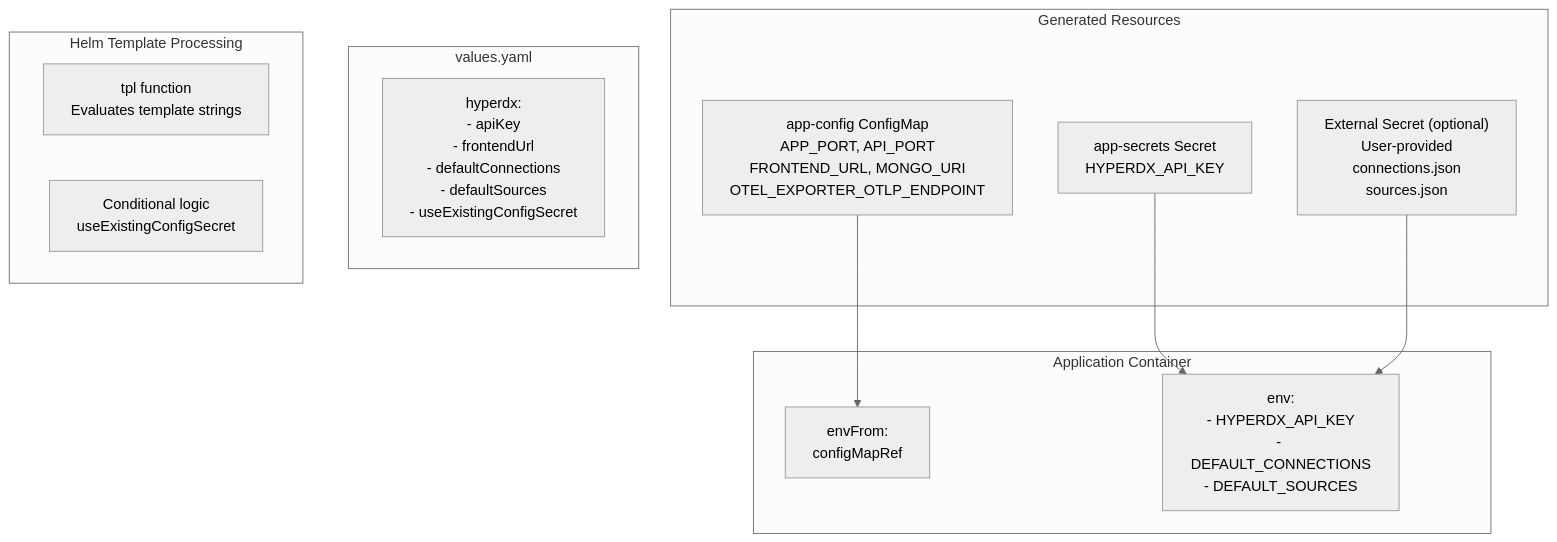
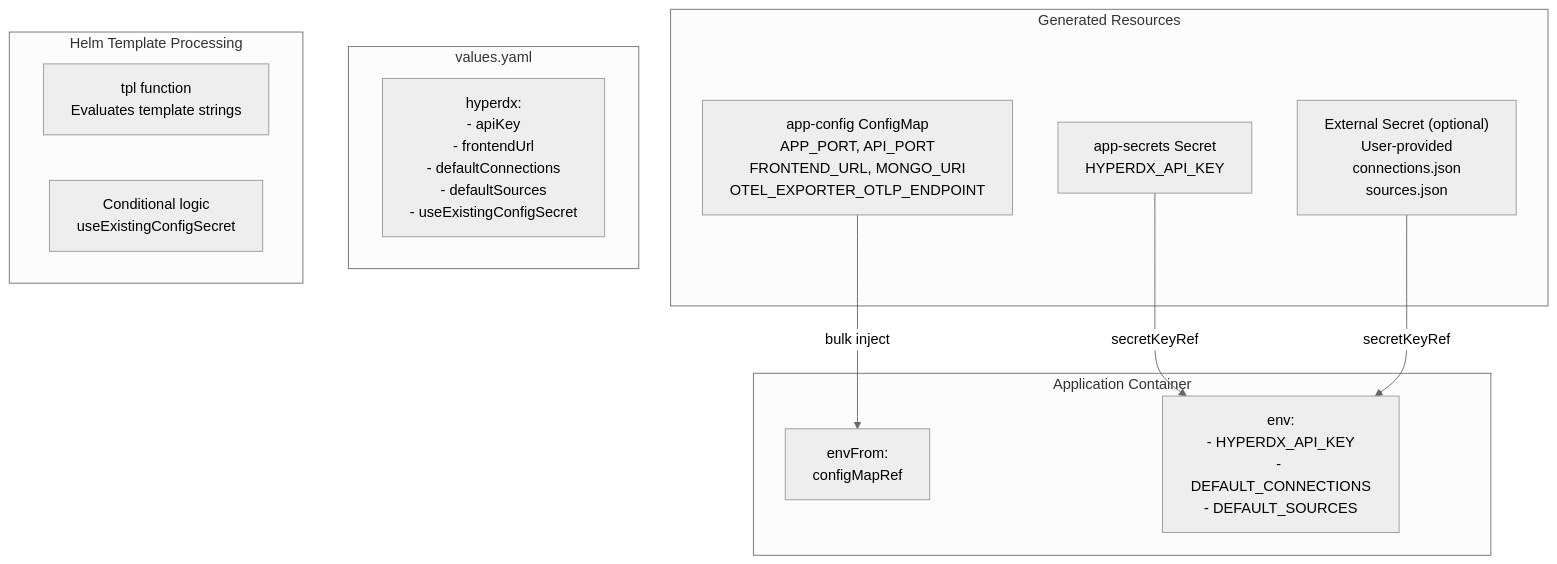
One commit to openchoreo/openchoreo changed the third of 5 diagrams in docs/hyperdxio-helm-charts-docs/HyperDX-Application.md. Above: the diagram before and after it, drawn with Mermaid (neutral theme). The commit also changed other lines of this file and 85 other files, not shown here.

Commit message:
feat: Add new workflow and specification templates, update Helm chart dependencies, and clarify documentation diagrams.

````diff
--- a/docs/hyperdxio-helm-charts-docs/HyperDX-Application.md
+++ b/docs/hyperdxio-helm-charts-docs/HyperDX-Application.md
@@ -132,36 +132,36 @@
 ```mermaid
 flowchart TD
 
 TplFunction["tpl function<br>Evaluates template strings"]
 Conditions["Conditional logic<br>useExistingConfigSecret"]
 HyperDXSection["hyperdx:<br>- apiKey<br>- frontendUrl<br>- defaultConnections<br>- defaultSources<br>- useExistingConfigSecret"]
 AppConfigMap["app-config ConfigMap<br>APP_PORT, API_PORT<br>FRONTEND_URL, MONGO_URI<br>OTEL_EXPORTER_OTLP_ENDPOINT"]
 AppSecrets["app-secrets Secret<br>HYPERDX_API_KEY"]
 ExternalSecret["External Secret (optional)<br>User-provided<br>connections.json<br>sources.json"]
 EnvFrom["envFrom:<br>configMapRef"]
 EnvVars["env:<br>- HYPERDX_API_KEY<br>- DEFAULT_CONNECTIONS<br>- DEFAULT_SOURCES"]
 
-AppConfigMap --> EnvFrom
-AppSecrets --> EnvVars
-ExternalSecret --> EnvVars
+AppConfigMap -->|"bulk inject"| EnvFrom
+AppSecrets -->|"secretKeyRef"| EnvVars
+ExternalSecret -->|"secretKeyRef"| EnvVars
 
 subgraph Container ["Application Container"]
     EnvFrom
     EnvVars
 end
 
 subgraph GeneratedResources ["Generated Resources"]
     AppConfigMap
     AppSecrets
     ExternalSecret
 end
 
 subgraph ValuesYAML ["values.yaml"]
     HyperDXSection
 end
 
 subgraph HelmTemplating ["Helm Template Processing"]
     TplFunction
     Conditions
 end
 ```
````
